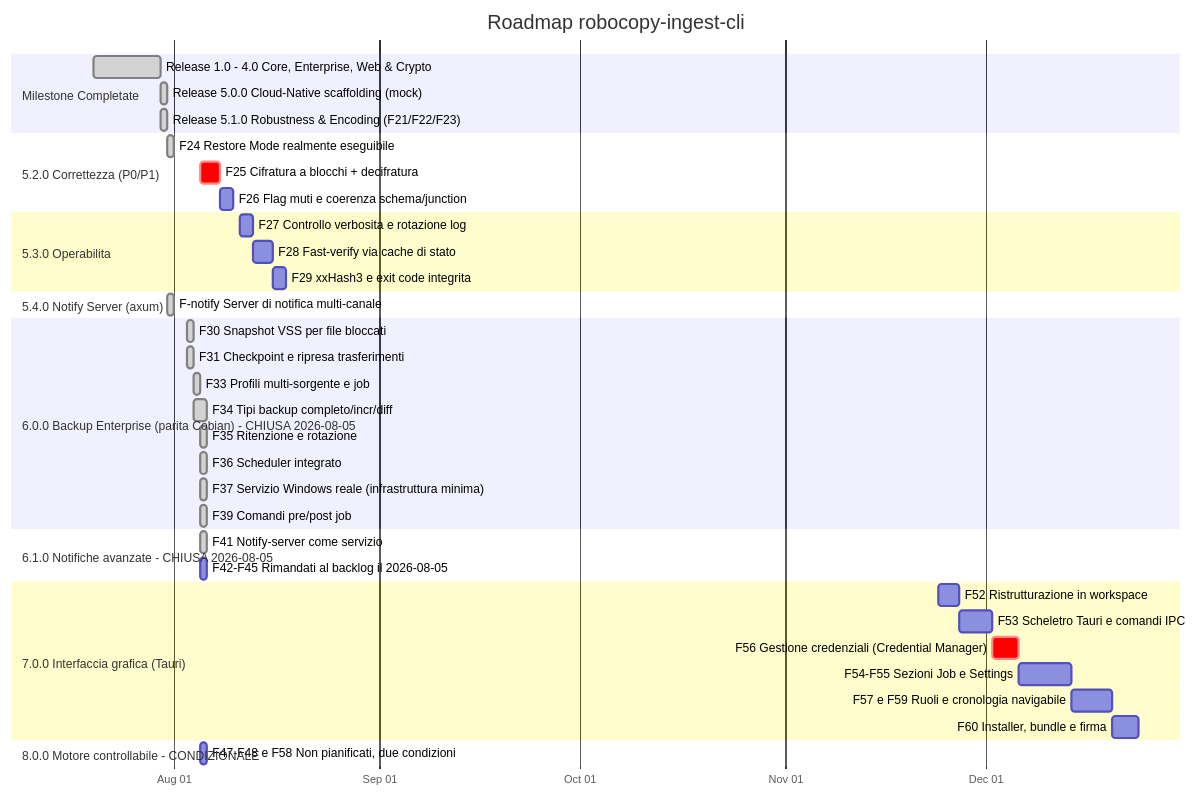
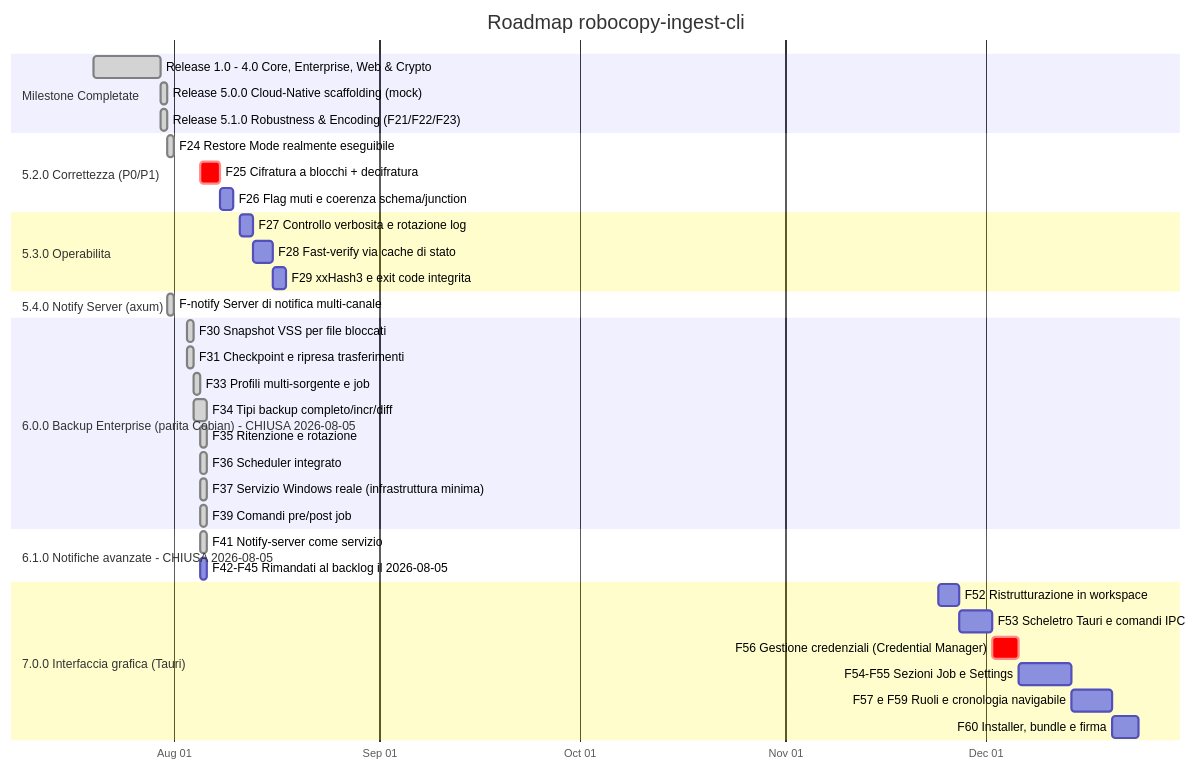
The diagram in ROADMAP.md (matrixNeo76/rustcopy), drawn with Mermaid before and after one commit. The commit also changed other lines of this file and 1 other file, not shown here.

````diff
--- a/ROADMAP.md
+++ b/ROADMAP.md
@@ -45,49 +45,46 @@
 ```mermaid
 gantt
     title Roadmap robocopy-ingest-cli
     dateFormat YYYY-MM-DD
     axisFormat %b %d
 
     section Milestone Completate
     Release 1.0 - 4.0 Core, Enterprise, Web & Crypto :done, m1, 2026-07-20, 10d
     Release 5.0.0 Cloud-Native scaffolding (mock)     :done, m2, 2026-07-30, 1d
     Release 5.1.0 Robustness & Encoding (F21/F22/F23) :done, m3, 2026-07-30, 1d
 
     section 5.2.0 Correttezza (P0/P1)
     F24 Restore Mode realmente eseguibile             :done, f24, 2026-07-31, 1d
     F25 Cifratura a blocchi + decifratura             :crit, f25, 2026-08-05, 3d
     F26 Flag muti e coerenza schema/junction          :f26, 2026-08-08, 2d
 
     section 5.3.0 Operabilita
     F27 Controllo verbosita e rotazione log           :f27, 2026-08-11, 2d
     F28 Fast-verify via cache di stato                :f28, 2026-08-13, 3d
     F29 xxHash3 e exit code integrita                 :f29, 2026-08-16, 2d
 
     section 5.4.0 Notify Server (axum)
     F-notify Server di notifica multi-canale          :done, fns, 2026-07-31, 1d
 
     section 6.0.0 Backup Enterprise (parita Cobian) - CHIUSA 2026-08-05
     F30 Snapshot VSS per file bloccati                :done, f30, 2026-08-03, 1d
     F31 Checkpoint e ripresa trasferimenti            :done, f31, 2026-08-03, 1d
     F33 Profili multi-sorgente e job                  :done, f33, 2026-08-04, 1d
     F34 Tipi backup completo/incr/diff                :done, f34, 2026-08-04, 2d
     F35 Ritenzione e rotazione                        :done, f35, 2026-08-05, 1d
     F36 Scheduler integrato                           :done, f36, 2026-08-05, 1d
     F37 Servizio Windows reale (infrastruttura minima) :done, f37, 2026-08-05, 1d
     F39 Comandi pre/post job                          :done, f39, 2026-08-05, 1d
 
     section 6.1.0 Notifiche avanzate - CHIUSA 2026-08-05
     F41 Notify-server come servizio                   :done, f41, 2026-08-05, 1d
     F42-F45 Rimandati al backlog il 2026-08-05        :f42, 2026-08-05, 1d
 
     section 7.0.0 Interfaccia grafica (Tauri)
     F52 Ristrutturazione in workspace                 :f52, 2026-11-24, 3d
     F53 Scheletro Tauri e comandi IPC                 :f53, 2026-11-27, 5d
     F56 Gestione credenziali (Credential Manager)     :crit, f56, 2026-12-02, 4d
     F54-F55 Sezioni Job e Settings                    :f54, 2026-12-06, 8d
     F57 e F59 Ruoli e cronologia navigabile           :f57, 2026-12-14, 6d
     F60 Installer, bundle e firma                     :f60, 2026-12-20, 4d
-
-    section 8.0.0 Motore controllabile - CONDIZIONALE
-    F47-F48 e F58 Non pianificati, due condizioni     :f47, 2026-08-05, 1d
 ```
````
